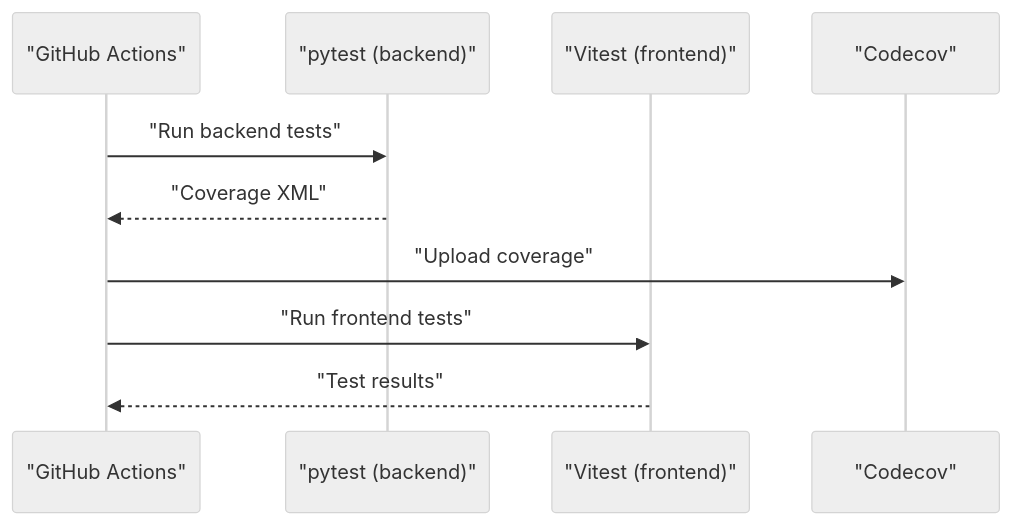
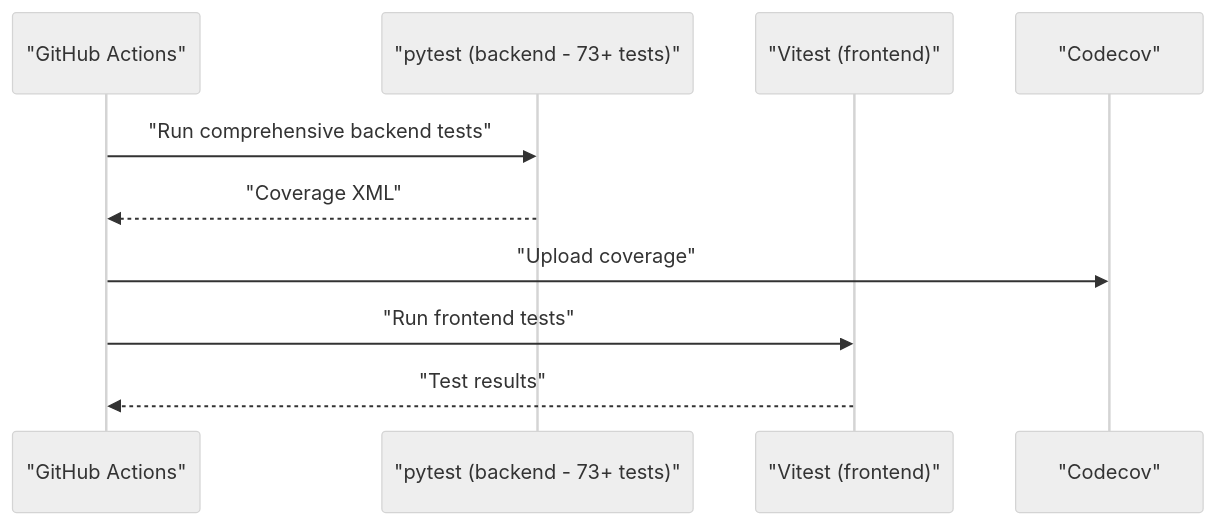
One commit to Revanththetalogics/aireume changed the second of 6 diagrams in .qoder/repowiki/en/content/Testing Strategy.md. Above: the diagram before and after it, drawn with Mermaid (neutral theme). The commit also changed other lines of this file and 33 other files, not shown here.

````diff
--- a/.qoder/repowiki/en/content/Testing Strategy.md
+++ b/.qoder/repowiki/en/content/Testing Strategy.md
@@ -108,12 +147,12 @@
 ```mermaid
 sequenceDiagram
 participant GH as "GitHub Actions"
-participant Py as "pytest (backend)"
+participant Py as "pytest (backend - 73+ tests)"
 participant VT as "Vitest (frontend)"
 participant Cov as "Codecov"
-GH->>Py : "Run backend tests"
+GH->>Py : "Run comprehensive backend tests"
 Py-->>GH : "Coverage XML"
 GH->>Cov : "Upload coverage"
 GH->>VT : "Run frontend tests"
 VT-->>GH : "Test results"
 ```
````
